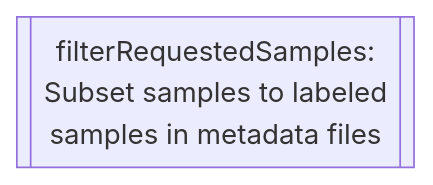
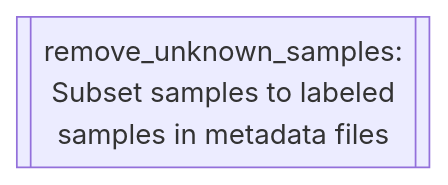
One commit to Tuks-ICMM/Pharmacogenetic-Analysis-Pipeline changed diagram 12 of 26 in docs/02-workflow/02-methodology-summary.md. Above: the diagram before and after it, drawn with Mermaid. The commit also changed other lines of this file and 2 other files, not shown here.

````diff
--- a/docs/02-workflow/02-methodology-summary.md
+++ b/docs/02-workflow/02-methodology-summary.md
@@ -521,4 +597,4 @@
   ```mermaid
   flowchart TD
-    filterRequestedSamples[[filterRequestedSamples:\nSubset samples to labeled\nsamples in metadata files]]
+    remove_unknown_samples[[remove_unknown_samples:\nSubset samples to labeled\nsamples in metadata files]]
   ```
````
